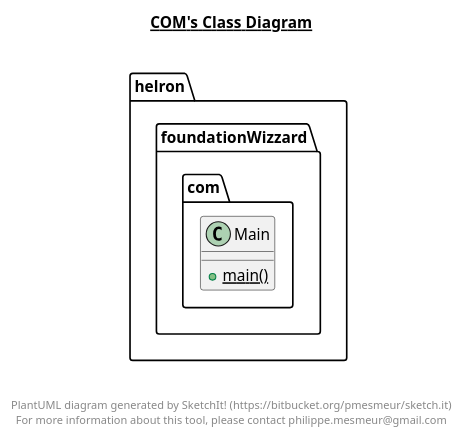
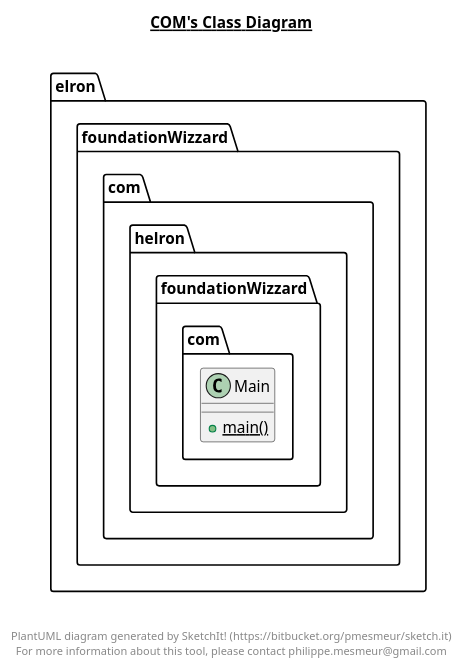
One commit to Helron1977/PolymorphFoudationModEditor changed the diagram in src/main/java/helron/foundationWizzard/com/com.plantuml. Above: the diagram before and after it, drawn with PlantUML. The commit also changed 62 other files, not shown here.

```diff
--- a/src/main/java/helron/foundationWizzard/com/com.plantuml
+++ b/src/main/java/helron/foundationWizzard/com/com.plantuml
@@ -1,21 +1,23 @@
 @startuml
 
 title __COM's Class Diagram__\n
 
-  namespace helron.foundationWizzard.com {
-    class helron.foundationWizzard.com.Main {
-        {static} + main()
+
+    namespace elron.foundationWizzard.com {
+      class helron.foundationWizzard.com.Main {
+          {static} + main()
+      }
     }
-  }
+
   
 
 
 
 right footer
 
 
 PlantUML diagram generated by SketchIt! (https://bitbucket.org/pmesmeur/sketch.it)
 For more information about this tool, please contact philippe.mesmeur@gmail.com
 endfooter
 
 @enduml
```
